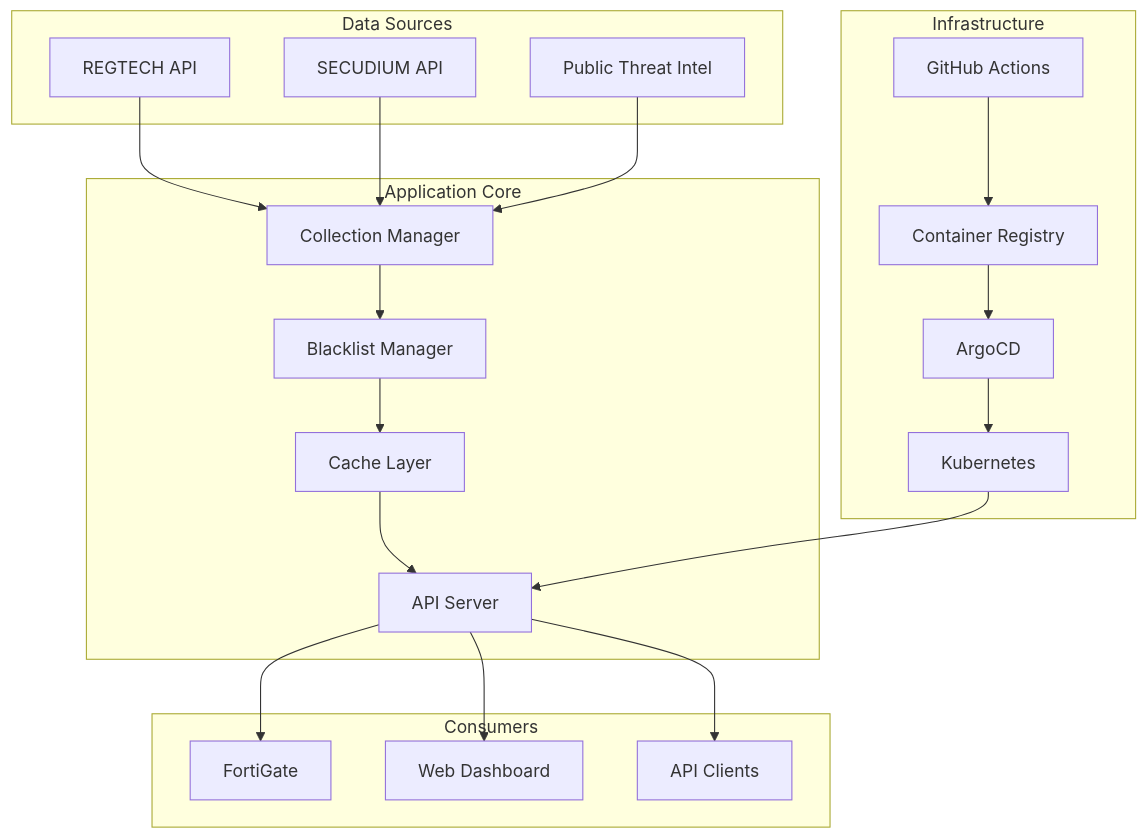
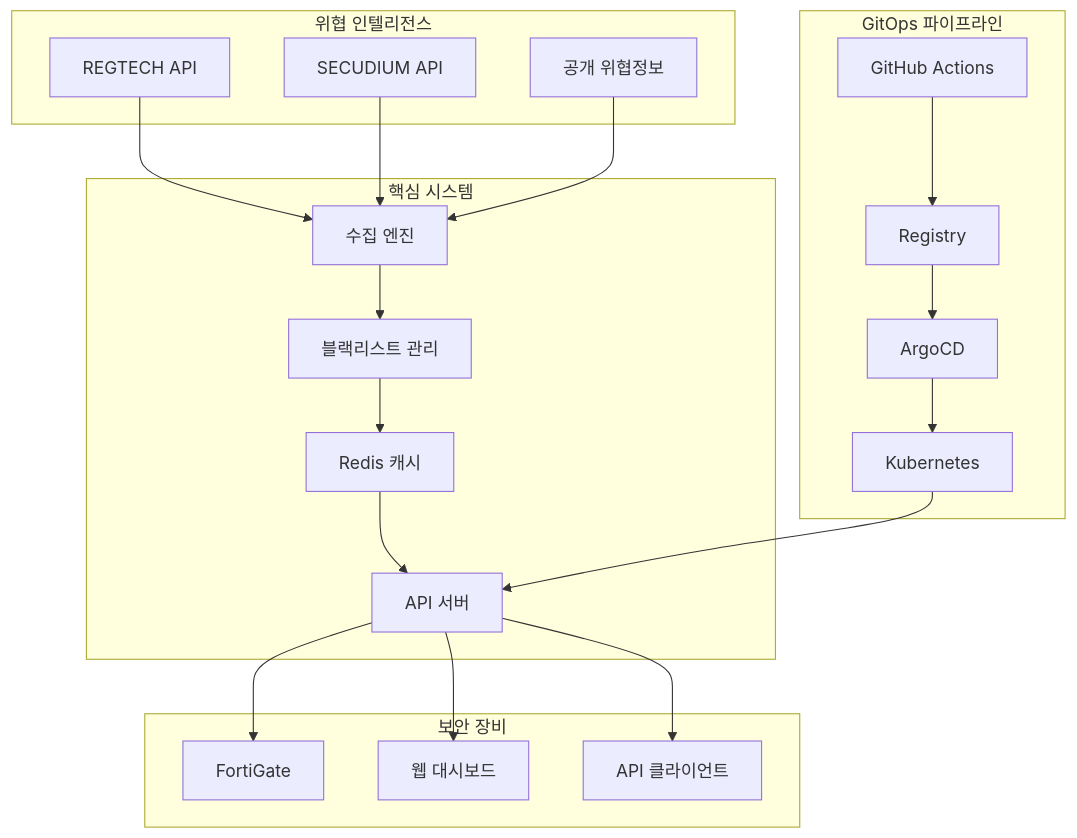
One commit to JCLEE94/blacklist changed the first of 2 diagrams in README.md. Above: the diagram before and after it, drawn with Mermaid. The commit also changed other lines of this file, not shown here.

````diff
--- a/README.md
+++ b/README.md
@@ -79,43 +48,35 @@
 ```mermaid
 graph TB
-    subgraph "Data Sources"
+    subgraph "위협 인텔리전스"
         A[REGTECH API]
         B[SECUDIUM API]
-        C[Public Threat Intel]
+        C[공개 위협정보]
     end
     
-    subgraph "Application Core"
-        D[Collection Manager]
-        E[Blacklist Manager]
-        F[Cache Layer]
-        G[API Server]
+    subgraph "핵심 시스템"
+        D[수집 엔진]
+        E[블랙리스트 관리]
+        F[Redis 캐시]
+        G[API 서버]
     end
     
-    subgraph "Infrastructure"
+    subgraph "GitOps 파이프라인"
         H[GitHub Actions]
-        I[Container Registry]
+        I[Registry]
         J[ArgoCD]
         K[Kubernetes]
     end
     
-    subgraph "Consumers"
+    subgraph "보안 장비"
         L[FortiGate]
-        M[Web Dashboard]
-        N[API Clients]
+        M[웹 대시보드]
+        N[API 클라이언트]
     end
     
     A --> D
     B --> D
     C --> D
-    D --> E
-    E --> F
-    F --> G
-    G --> L
-    G --> M
-    G --> N
-    
-    H --> I
-    I --> J
-    J --> K
-    K --> G
+    D --> E --> F --> G
+    G --> L & M & N
+    H --> I --> J --> K --> G
 ```
````
